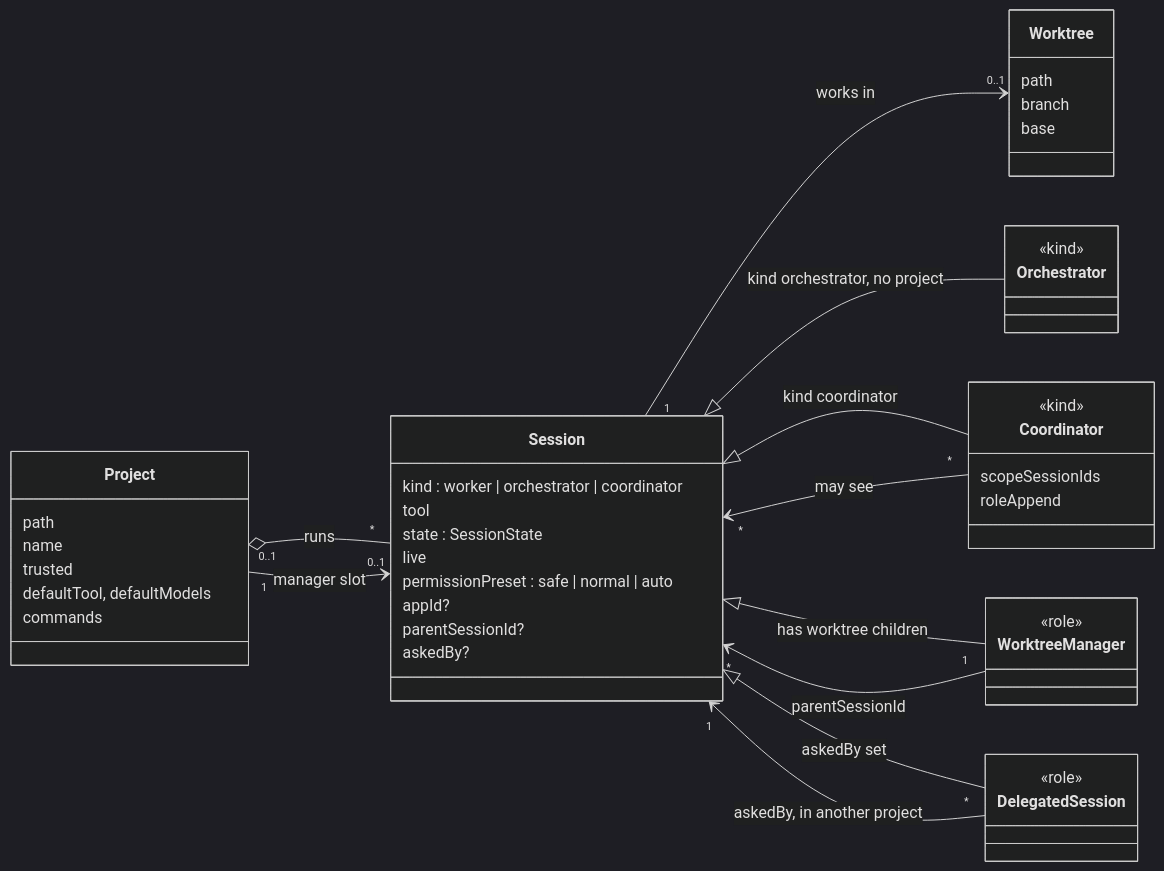
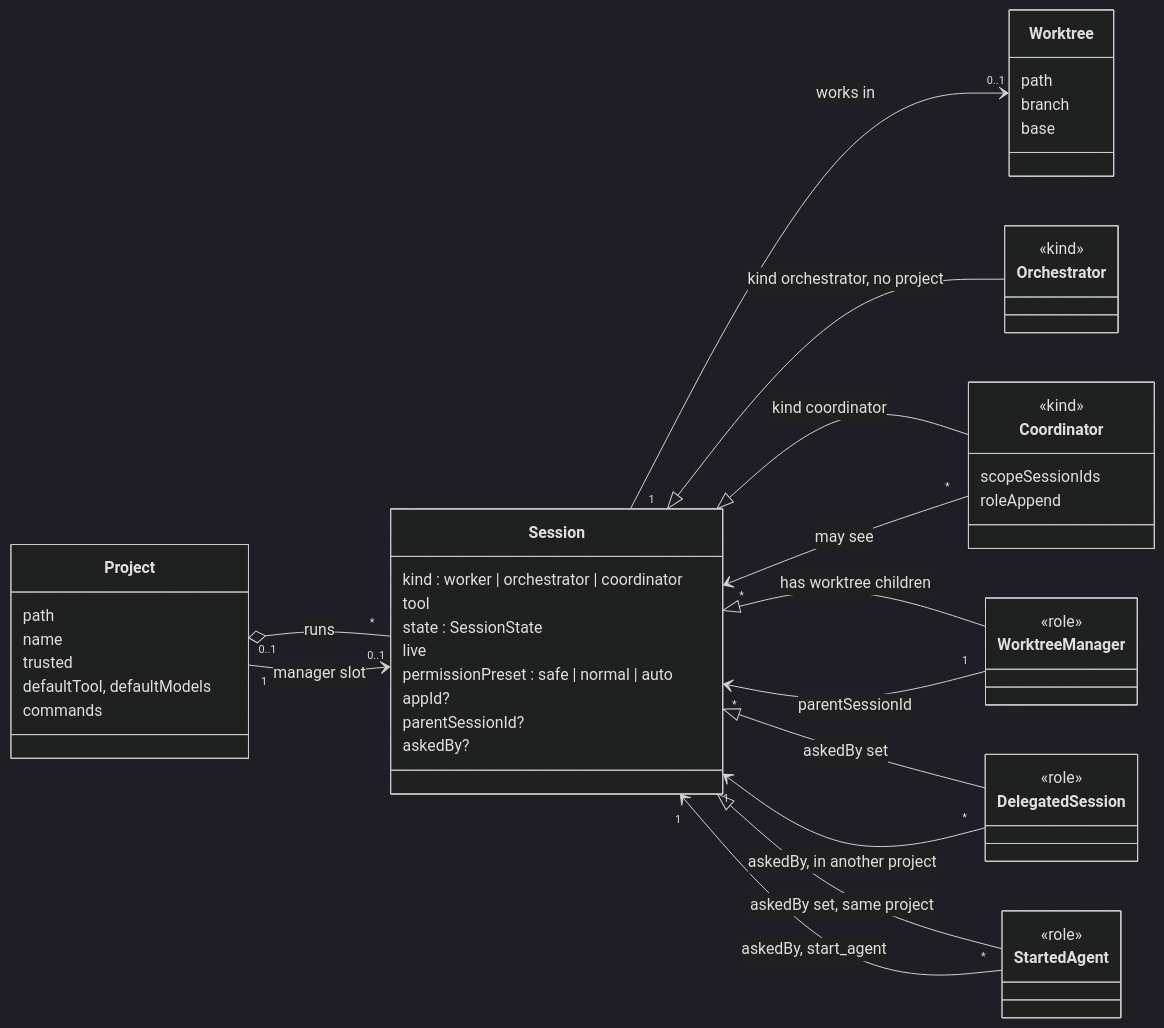
The first of 11 diagrams in docs/domain-model.ko.md (GyuHo123/centralu), drawn with Mermaid (dark theme) before and after one commit. The commit also changed other lines of this file and 31 other files, not shown here.

````diff
--- a/docs/domain-model.ko.md
+++ b/docs/domain-model.ko.md
@@ -145,50 +146,55 @@
 ```mermaid
 classDiagram
   direction LR
   class Project {
     path
     name
     trusted
     defaultTool, defaultModels
     commands
   }
   class Session {
     kind : worker | orchestrator | coordinator
     tool
     state : SessionState
     live
     permissionPreset : safe | normal | auto
     appId?
     parentSessionId?
     askedBy?
   }
   class Worktree {
     path
     branch
     base
   }
   class Orchestrator {
     <<kind>>
   }
   class Coordinator {
     <<kind>>
     scopeSessionIds
     roleAppend
   }
   class WorktreeManager {
     <<role>>
   }
   class DelegatedSession {
     <<role>>
   }
+  class StartedAgent {
+    <<role>>
+  }
   Project "0..1" o-- "*" Session : runs
   Project "1" --> "0..1" Session : manager slot
   Session "1" --> "0..1" Worktree : works in
   Session <|-- Orchestrator : kind orchestrator, no project
   Session <|-- Coordinator : kind coordinator
   Session <|-- WorktreeManager : has worktree children
   Session <|-- DelegatedSession : askedBy set
   WorktreeManager "1" --> "*" Session : parentSessionId
   DelegatedSession "*" --> "1" Session : askedBy, in another project
+  Session <|-- StartedAgent : askedBy set, same project
+  StartedAgent "*" --> "1" Session : askedBy, start_agent
   Coordinator "*" --> "*" Session : may see
 ```
````
